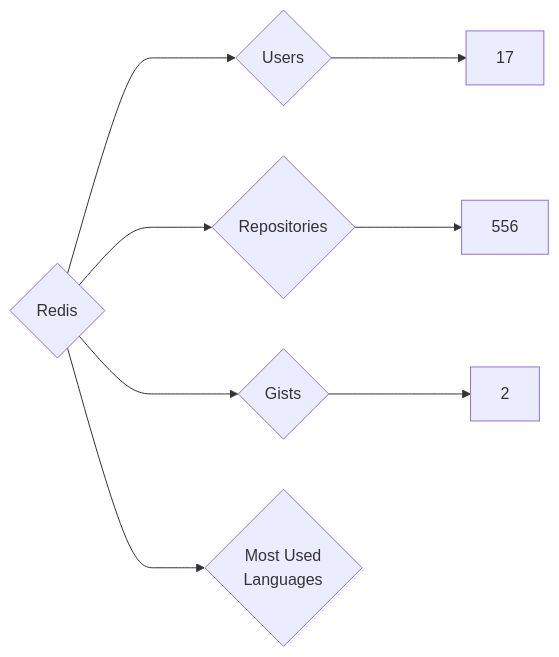
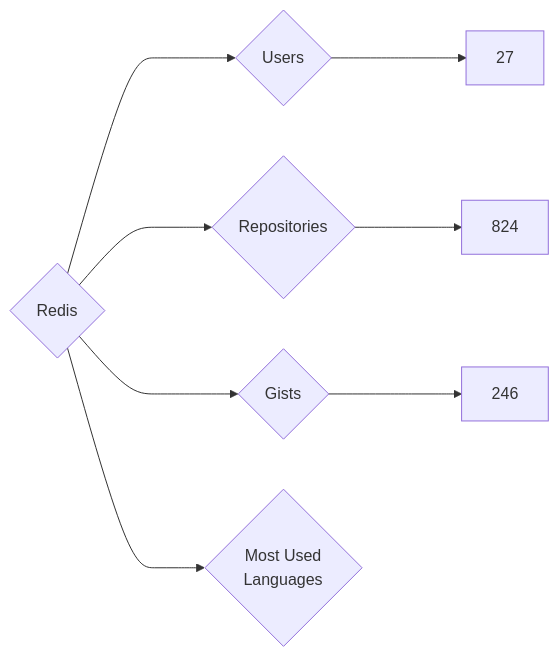
One commit to nenadzaric/insiders changed the diagram in targets/Redis/README.md. Above: the diagram before and after it, drawn with Mermaid. The commit also changed 1342 other files, not shown here.

````diff
--- a/targets/Redis/README.md
+++ b/targets/Redis/README.md
@@ -3,8 +3,8 @@
 ```mermaid
 graph LR
 COMPANY_NAME{Redis}
-COMPANY_NAME ---> U{Users} ---> UN[17]
-COMPANY_NAME ---> R{Repositories} ---> RN[556]
-COMPANY_NAME ---> G{Gists} ---> GN[2]
+COMPANY_NAME ---> U{Users} ---> UN[27]
+COMPANY_NAME ---> R{Repositories} ---> RN[824]
+COMPANY_NAME ---> G{Gists} ---> GN[246]
 COMPANY_NAME ---> ML{Most Used<br>Languages}
 ```
````
